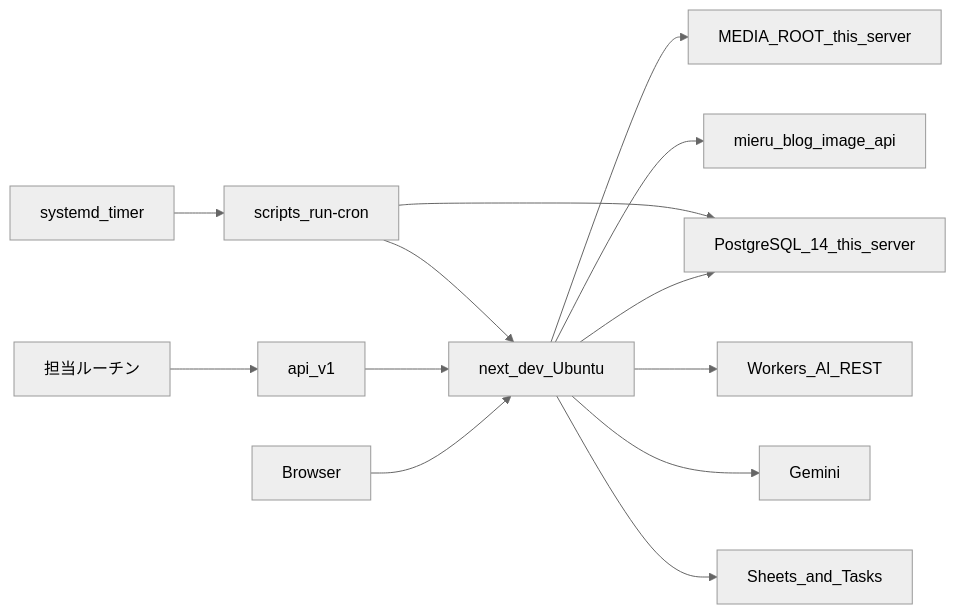
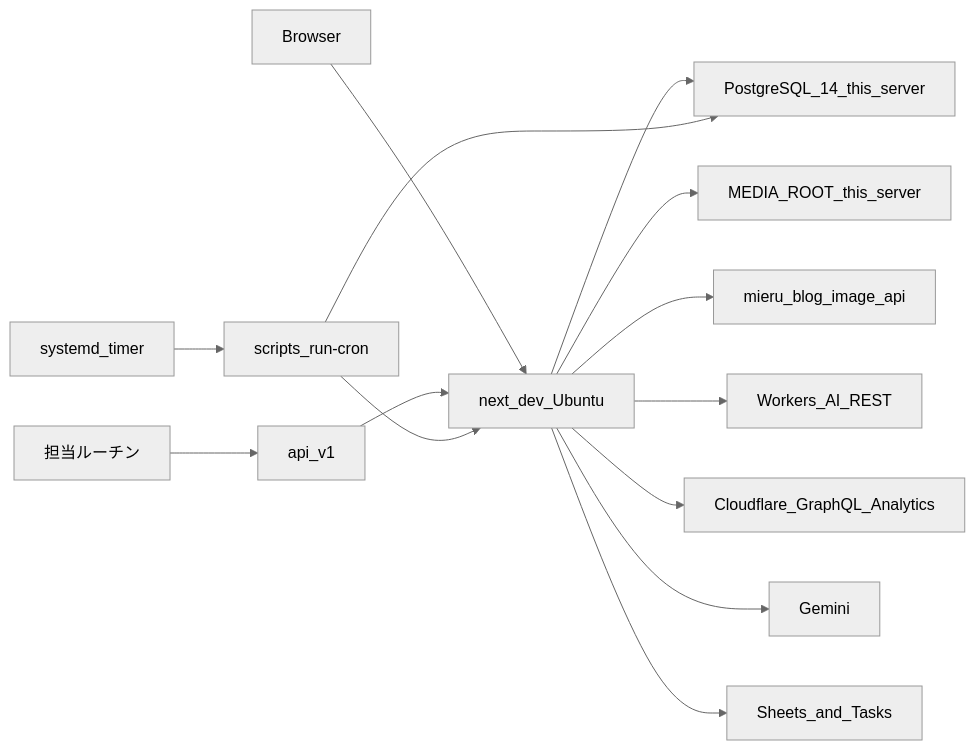
The diagram in docs/architecture.md (ssstakahashi/ai-org), drawn with Mermaid (neutral theme) before and after one commit. The commit also changed other lines of this file and 31 other files, not shown here.

````diff
--- a/docs/architecture.md
+++ b/docs/architecture.md
@@ -9,15 +9,16 @@
 ```mermaid
 flowchart LR
   Browser --> Next["next_dev_Ubuntu"]
   Routines["担当ルーチン"] --> ApiV1["api_v1"]
   ApiV1 --> Next
   Timer["systemd_timer"] --> Cron["scripts_run-cron"]
   Cron --> Next
   Next --> Pg["PostgreSQL_14_this_server"]
   Cron --> Pg
   Next --> Disk["MEDIA_ROOT_this_server"]
   Next --> BlogImages["mieru_blog_image_api"]
   Next --> WorkersAI["Workers_AI_REST"]
+  Next --> CfAnalytics["Cloudflare_GraphQL_Analytics"]
   Next --> Gemini
   Next --> Google["Sheets_and_Tasks"]
 ```
````
